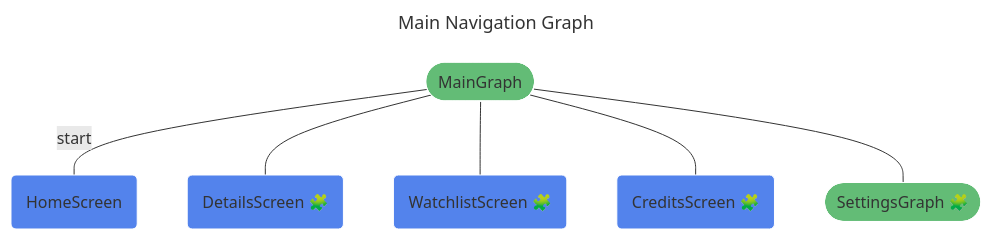
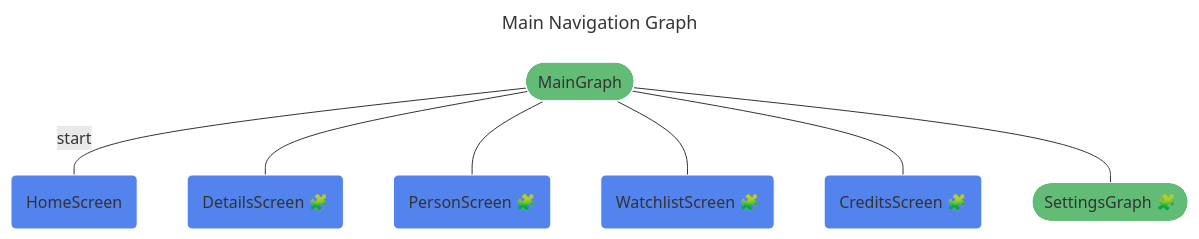
One commit to Divinelink/scenepeek-android changed the diagram in docs/MainNavGraph.mmd. Above: the diagram before and after it, drawn with Mermaid. The commit also changed 25 other files, not shown here.

Commit message:
feat: add navigation to person screen

```diff
--- a/docs/MainNavGraph.mmd
+++ b/docs/MainNavGraph.mmd
@@ -1,17 +1,18 @@
 ---
 title: Main Navigation Graph
 ---
 %%{init: {'theme':'base', 'themeVariables': { 'primaryTextColor': '#fff' }}%%
 graph TD
 main(["MainGraph"]) -- "start" --- home_screen("HomeScreen")
 main(["MainGraph"]) --- details_screen_destination("DetailsScreen 🧩")
+main(["MainGraph"]) --- person_screen_destination("PersonScreen 🧩")
 main(["MainGraph"]) --- watchlist_screen_destination("WatchlistScreen 🧩")
 main(["MainGraph"]) --- credits_screen_destination("CreditsScreen 🧩")
 main(["MainGraph"]) --- settings_nav_g(["SettingsGraph 🧩"])
 
 click settings_nav_g "SettingsNavGraph.mmd" "See SettingsGraph details" _blank
 
 classDef destination fill:#5383EC,stroke:#ffffff;
-class home_screen,details_screen_destination,watchlist_screen_destination,credits_screen_destination destination;
+class home_screen,details_screen_destination,person_screen_destination,watchlist_screen_destination,credits_screen_destination destination;
 classDef navgraph fill:#63BC76,stroke:#ffffff;
 class main,settings_nav_g navgraph;
```
